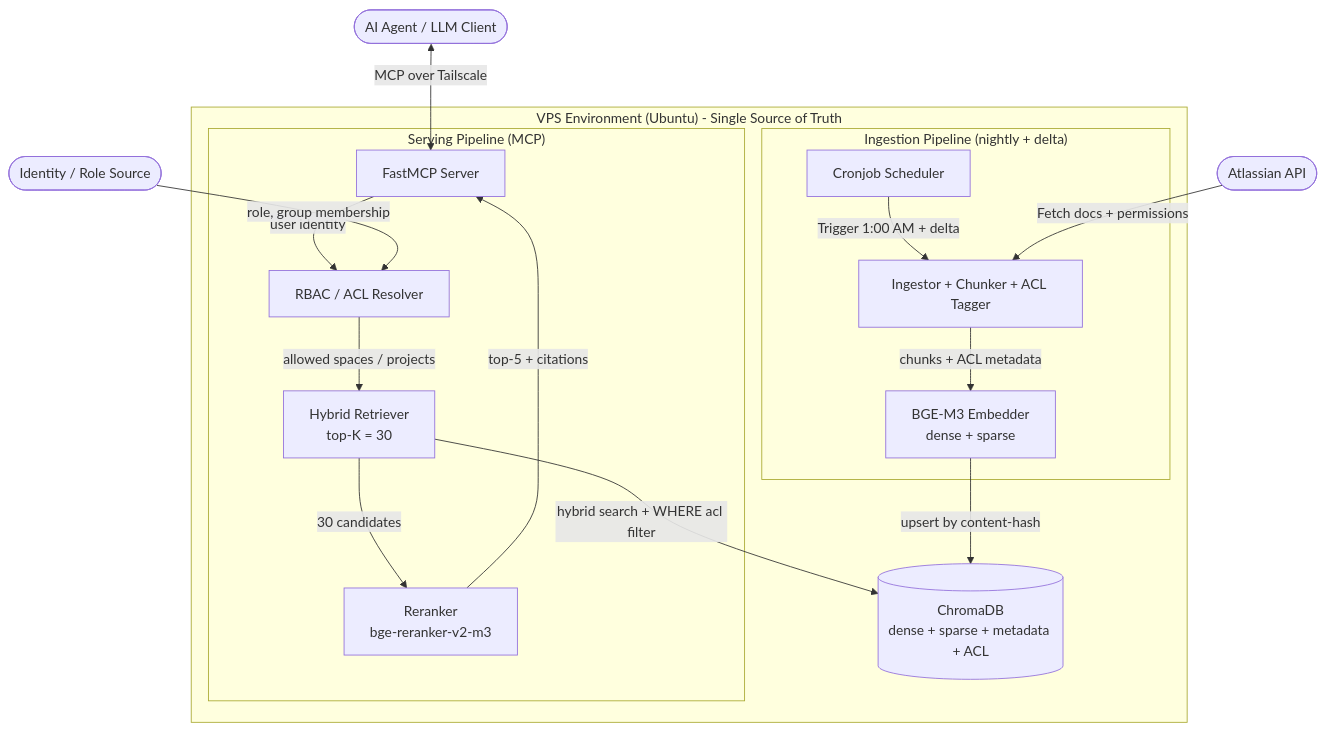
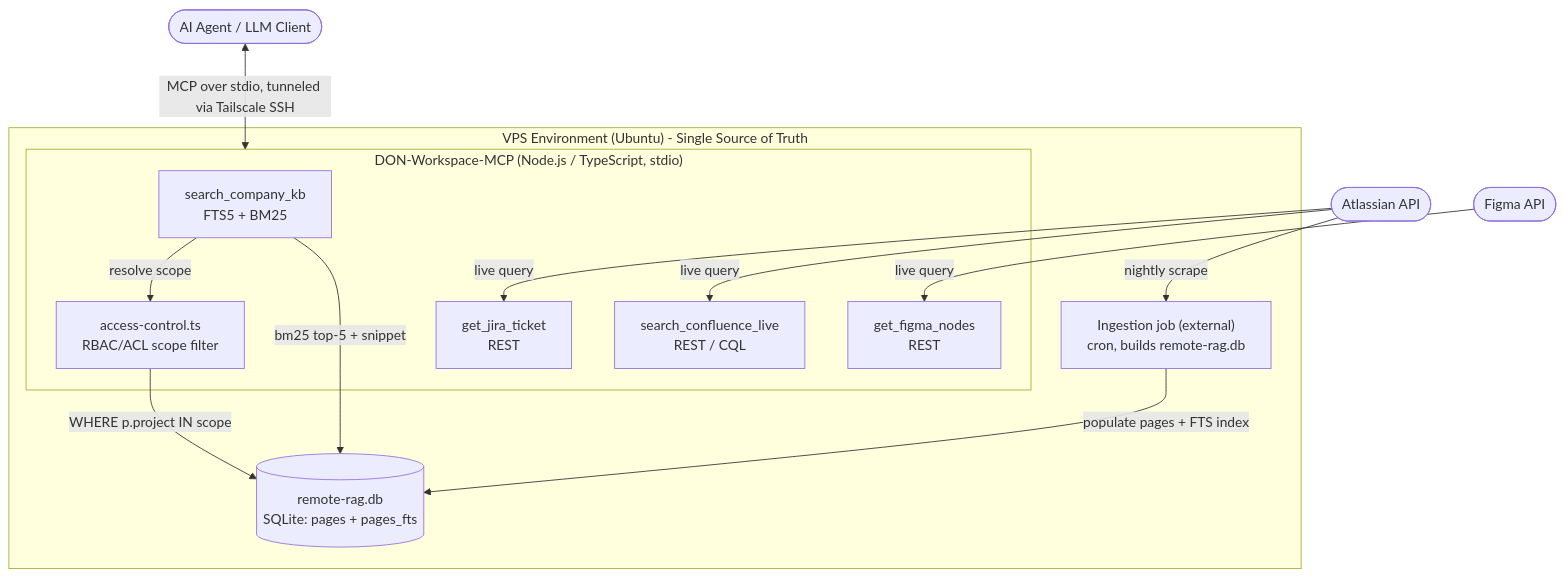
One commit to cachep-xidau/MCP-server changed the second of 5 diagrams in README.md. Above: the diagram before and after it, drawn with Mermaid. The commit also changed other lines of this file and 4 other files, not shown here.

First line of the commit message:
refactor: align docs with real TS/SQLite/BM25 stack and enforce ACL

````diff
--- a/README.md
+++ b/README.md
@@ -41,30 +43,25 @@
 ```mermaid
 graph TB
     subgraph VPS["VPS Environment (Ubuntu) - Single Source of Truth"]
-        subgraph ING["Ingestion Pipeline (nightly + delta)"]
-            Cron[Cronjob Scheduler]
-            Ingestor[Ingestor + Chunker + ACL Tagger]
-            Embedder[BGE-M3 Embedder<br/>dense + sparse]
+        subgraph MCPProc["DON-Workspace-MCP (Node.js / TypeScript, stdio)"]
+            Search["search_company_kb<br/>FTS5 + BM25"]
+            ACL["access-control.ts<br/>RBAC/ACL scope filter"]
+            Jira["get_jira_ticket<br/>REST"]
+            Conf["search_confluence_live<br/>REST / CQL"]
+            Figma["get_figma_nodes<br/>REST"]
         end
-        DB[(ChromaDB<br/>dense + sparse + metadata + ACL)]
-        subgraph SRV["Serving Pipeline (MCP)"]
-            MCP[FastMCP Server]
-            RBAC[RBAC / ACL Resolver]
-            Retriever[Hybrid Retriever<br/>top-K = 30]
-            Reranker[Reranker<br/>bge-reranker-v2-m3]
-        end
+        DB[(remote-rag.db<br/>SQLite: pages + pages_fts)]
+        Ingest["Ingestion job (external)<br/>cron, builds remote-rag.db"]
 
-        Cron -->|Trigger 1:00 AM + delta| Ingestor
-        Ingestor -->|chunks + ACL metadata| Embedder
-        Embedder -->|upsert by content-hash| DB
-        MCP -->|user identity| RBAC
-        RBAC -->|allowed spaces / projects| Retriever
-        Retriever -->|hybrid search + WHERE acl filter| DB
-        Retriever -->|30 candidates| Reranker
-        Reranker -->|top-5 + citations| MCP
+        Search -->|resolve scope| ACL
+        ACL -->|WHERE p.project IN scope| DB
+        Search -->|bm25 top-5 + snippet| DB
+        Ingest -->|populate pages + FTS index| DB
     end
 
-    Atlassian([Atlassian API]) -->|Fetch docs + permissions| Ingestor
-    IdP([Identity / Role Source]) -->|role, group membership| RBAC
-    LLM([AI Agent / LLM Client]) <-->|MCP over Tailscale| MCP
+    Atlas([Atlassian API]) -->|nightly scrape| Ingest
+    Atlas -->|live query| Jira
+    Atlas -->|live query| Conf
+    FigmaExt([Figma API]) -->|live query| Figma
+    LLM([AI Agent / LLM Client]) <-->|MCP over stdio, tunneled via Tailscale SSH| MCPProc
 ```
````
